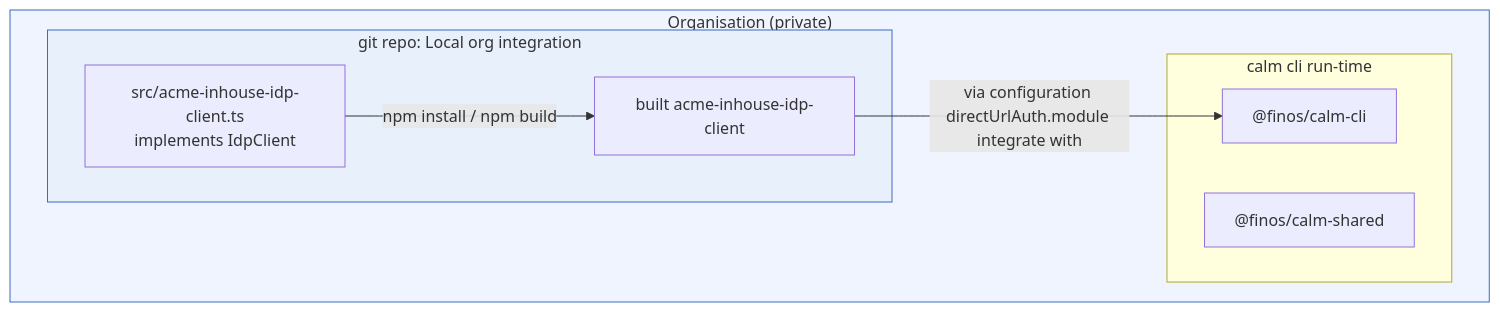
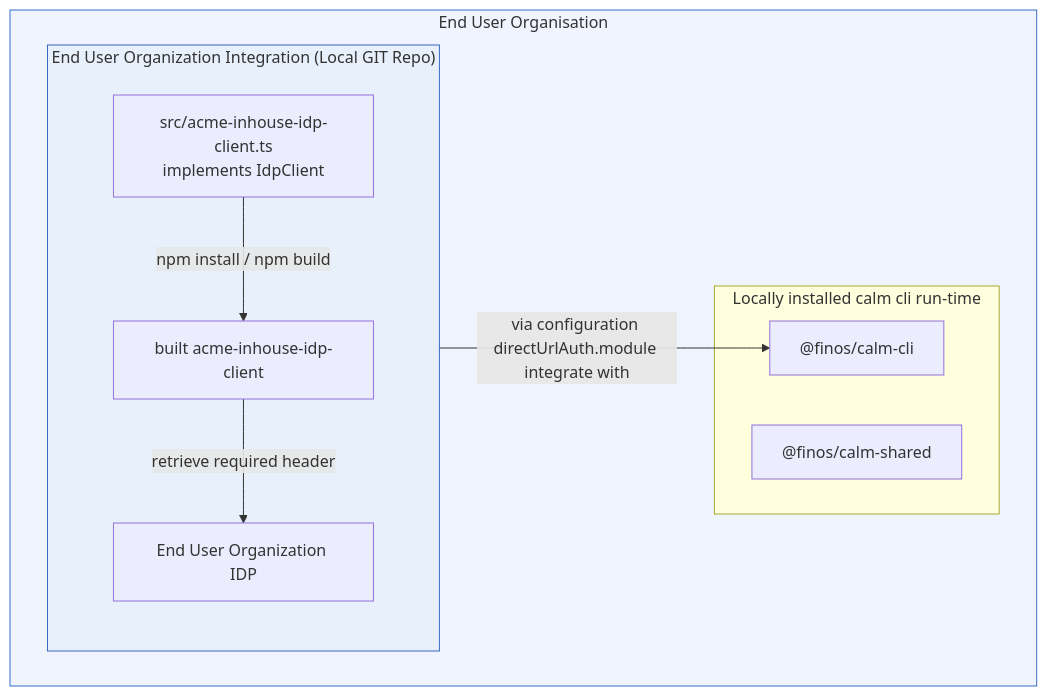
Before and after one commit to finos/architecture-as-code: the diagram in docs/docs/working-with-calm/directurl-auth-plugin.md, drawn with Mermaid. The commit also changed other lines of this file and 5 other files, not shown here.

````diff
--- a/docs/docs/working-with-calm/directurl-auth-plugin.md
+++ b/docs/docs/working-with-calm/directurl-auth-plugin.md
@@ -8,22 +10,26 @@
 ```mermaid
 graph TB
-    subgraph ORG["Organisation (private)"]
-        subgraph CALM_CLI["calm cli run-time"]
+    subgraph ORG["End User Organisation"]
+
+        subgraph CALM_CLI["Locally installed calm cli run-time"]
             SHARED["@finos/calm-shared"]
             CLI["@finos/calm-cli"]
         end
 
-        subgraph INHOUSE["git repo: Local org integration"]
+        subgraph INHOUSE["End User Organization Integration (Local GIT Repo)"]
+            direction TB
             ORG_SRC["src/acme-inhouse-idp-client.ts\nimplements IdpClient"]
             ORG_AUTH["built acme-inhouse-idp-client"]
+            ORG_IDP["End User Organization IDP"]
         end
 
         ORG_SRC -- "npm install / npm build" --> ORG_AUTH
         ORG_AUTH -- "via configuration directUrlAuth.module integrate with" --> CLI
+        ORG_AUTH -- "retrieve required header" --> ORG_IDP
     end
 
 
     style INHOUSE fill:#e8f0fb,stroke:#3a6bc4
     style ORG fill:#f0f4ff,stroke:#3a6bc4
 
 ```
````
